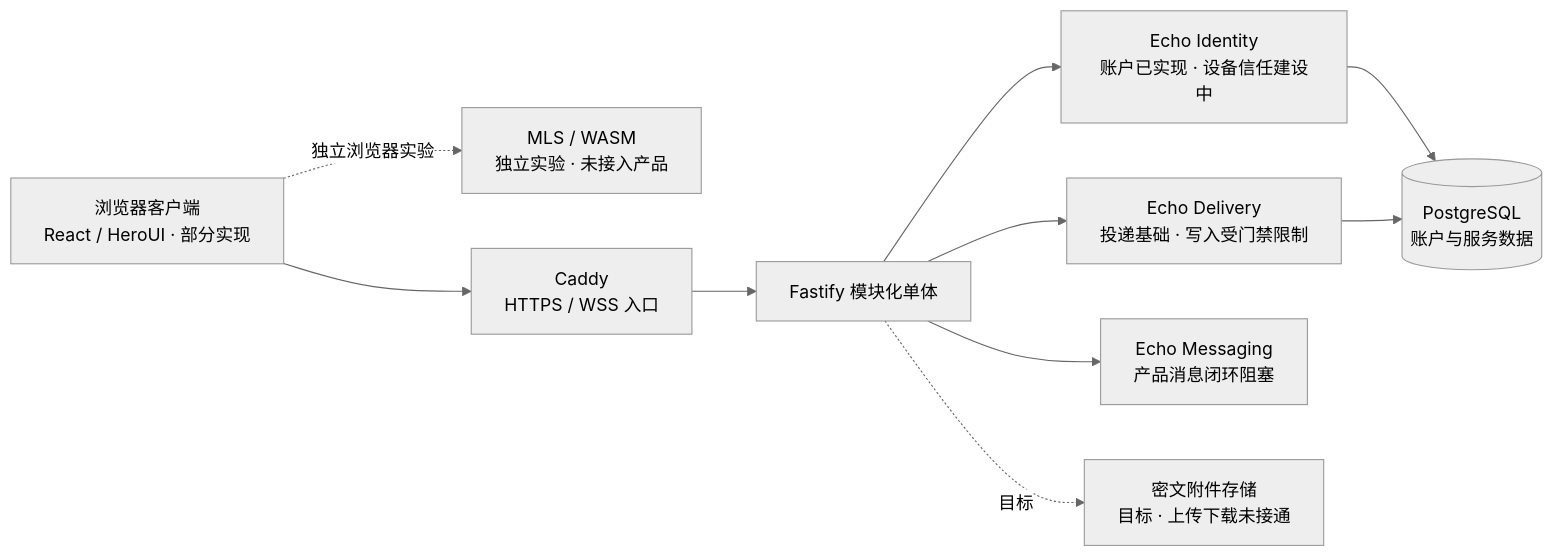
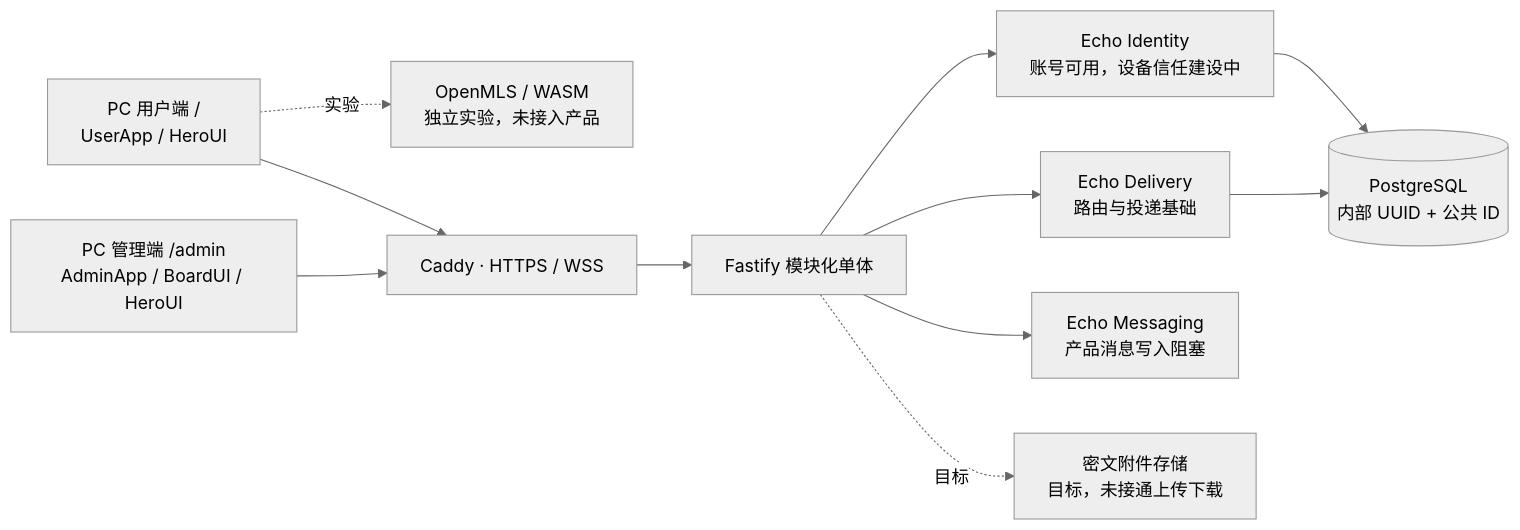
One commit to koajsj/echov2 changed the diagram in README.md. Above: the diagram before and after it, drawn with Mermaid (neutral theme). The commit also changed other lines of this file and 65 other files, not shown here.

Commit message:
Add public user IDs, separate PC workspaces and integrate official BoardUI cards

````diff
--- a/README.md
+++ b/README.md
@@ -41,18 +37,21 @@
 ```mermaid
 flowchart LR
-  Browser["浏览器客户端<br/>React / HeroUI · 部分实现"]
-  MLS["MLS / WASM<br/>独立实验 · 未接入产品"]
-  Caddy["Caddy<br/>HTTPS / WSS 入口"]
+  User["PC 用户端 /<br/>UserApp / HeroUI"]
+  Admin["PC 管理端 /admin<br/>AdminApp / BoardUI / HeroUI"]
+  MLS["OpenMLS / WASM<br/>独立实验，未接入产品"]
+  Edge["Caddy · HTTPS / WSS"]
   API["Fastify 模块化单体"]
-  Identity["Echo Identity<br/>账户已实现 · 设备信任建设中"]
-  Delivery["Echo Delivery<br/>投递基础 · 写入受门禁限制"]
-  Messaging["Echo Messaging<br/>产品消息闭环阻塞"]
-  DB[("PostgreSQL<br/>账户与服务数据")]
-  Media["密文附件存储<br/>目标 · 上传下载未接通"]
-  Browser --> Caddy --> API
-  Browser -. "独立浏览器实验" .-> MLS
+  Identity["Echo Identity<br/>账号可用，设备信任建设中"]
+  Delivery["Echo Delivery<br/>路由与投递基础"]
+  Messaging["Echo Messaging<br/>产品消息写入阻塞"]
+  DB[("PostgreSQL<br/>内部 UUID + 公共 ID")]
+  Media["密文附件存储<br/>目标，未接通上传下载"]
+  User --> Edge
+  Admin --> Edge
+  User -. "实验" .-> MLS
+  Edge --> API
   API --> Identity --> DB
   API --> Delivery --> DB
   API --> Messaging
   API -. "目标" .-> Media
 ```
````
